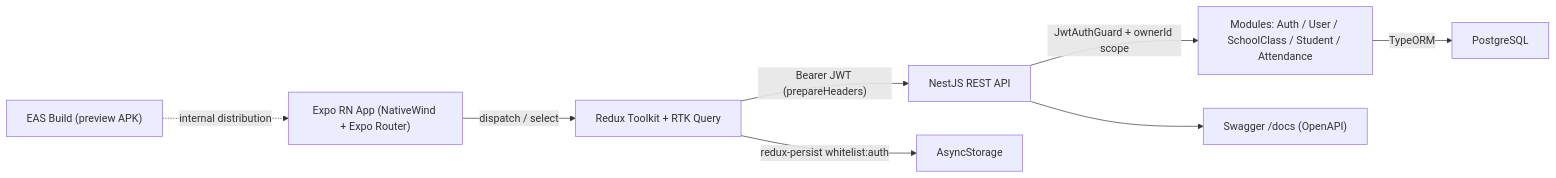
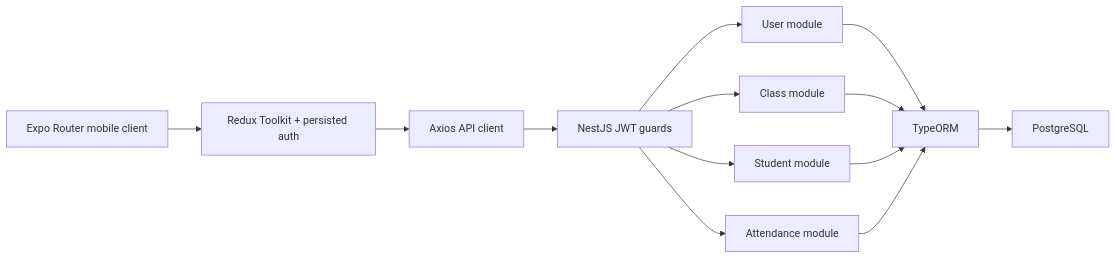
One commit to ifham-mohamed/ifham.dev changed the first of 2 diagrams in docs/projects/attendify.md. Above: the diagram before and after it, drawn with Mermaid. The commit also changed other lines of this file and 17 other files, not shown here.

````diff
--- a/docs/projects/attendify.md
+++ b/docs/projects/attendify.md
@@ -47,10 +48,15 @@
 ```mermaid
 flowchart LR
-  A["Expo RN App (NativeWind + Expo Router)"] -->|"dispatch / select"| B["Redux Toolkit + RTK Query"]
-  B -->|"Bearer JWT (prepareHeaders)"| C["NestJS REST API"]
-  C -->|"JwtAuthGuard + ownerId scope"| D["Modules: Auth / User / SchoolClass / Student / Attendance"]
-  D -->|"TypeORM"| E["PostgreSQL"]
-  C --> F["Swagger /docs (OpenAPI)"]
-  B -->|"redux-persist whitelist:auth"| G["AsyncStorage"]
-  H["EAS Build (preview APK)"] -.->|"internal distribution"| A
+    M["Expo Router mobile client"] --> RX["Redux Toolkit + persisted auth"]
+    RX --> AX["Axios API client"]
+    AX --> G["NestJS JWT guards"]
+    G --> U["User module"]
+    G --> C["Class module"]
+    G --> S["Student module"]
+    G --> A["Attendance module"]
+    U --> T["TypeORM"]
+    C --> T
+    S --> T
+    A --> T
+    T --> PG["PostgreSQL"]
 ```
````
